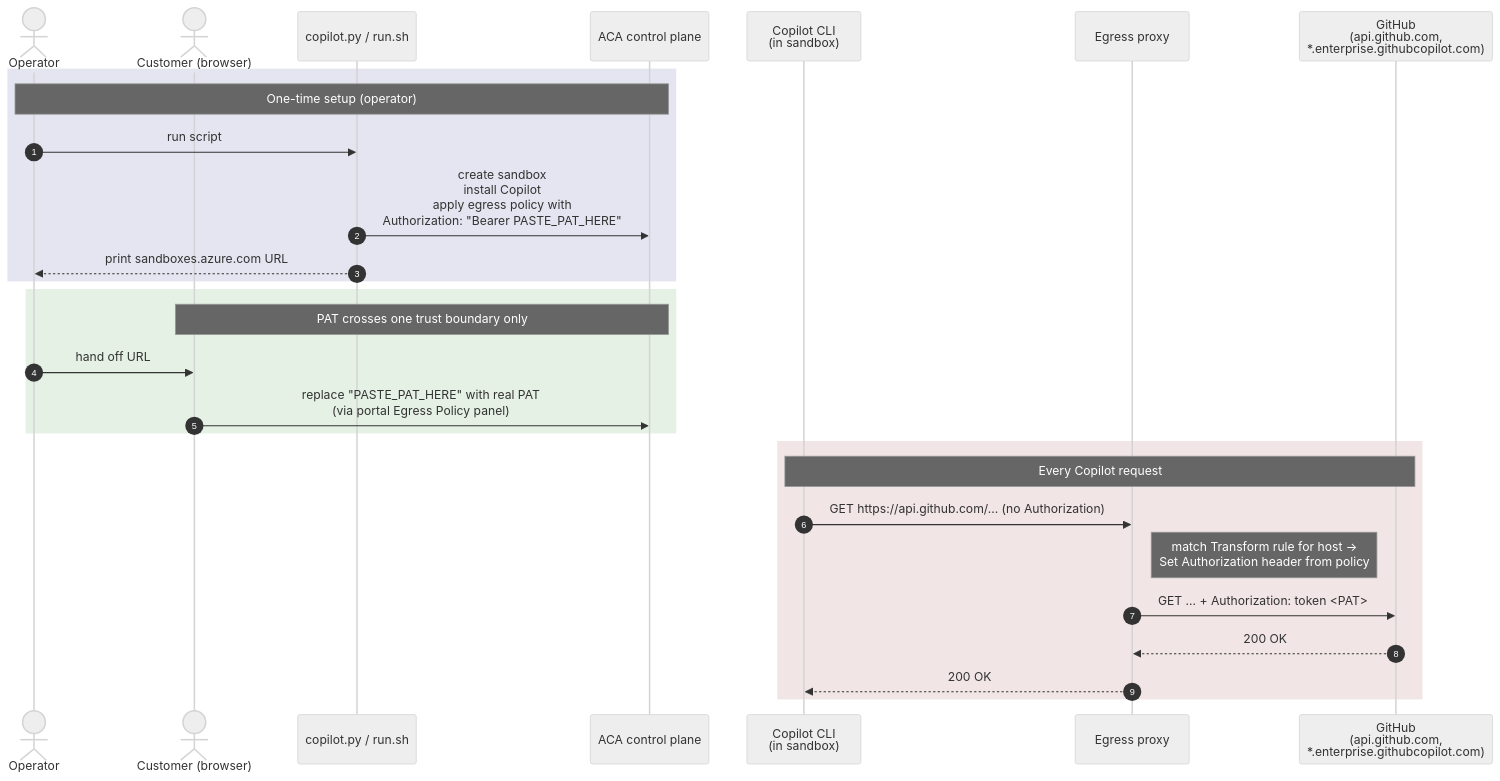
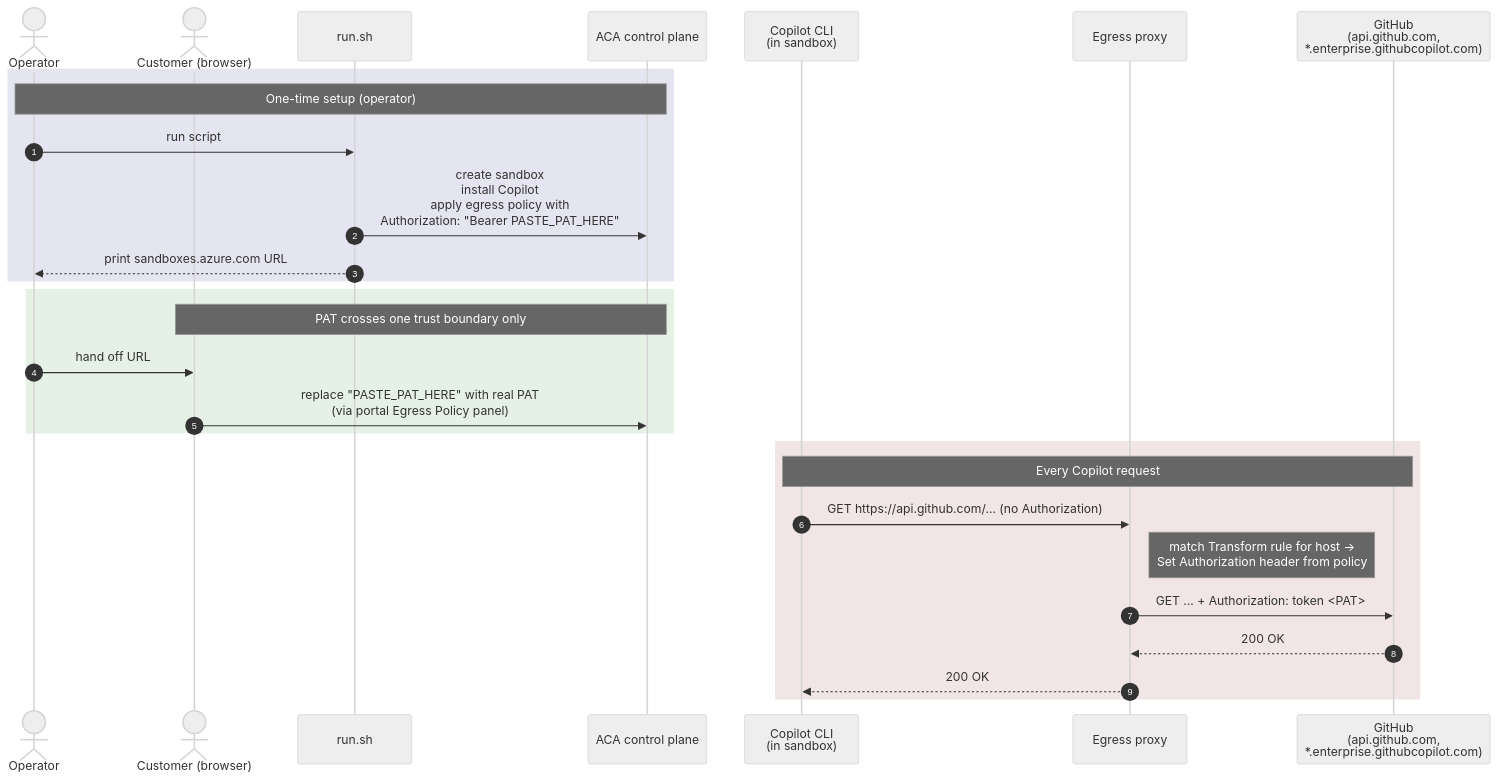
The diagram in cli/samples/02-coding-agents/README.md (Azure-Samples/azure-container-apps-sandboxes), drawn with Mermaid (neutral theme) before and after one commit. The commit also changed other lines of this file and 7 other files, not shown here.

````diff
--- a/cli/samples/02-coding-agents/README.md
+++ b/cli/samples/02-coding-agents/README.md
@@ -67,33 +67,33 @@
 ```mermaid
 sequenceDiagram
     autonumber
     actor Op as Operator
     actor Cust as Customer (browser)
-    participant Script as copilot.py / run.sh
+    participant Script as run.sh
     participant CP as ACA control plane
     participant W as Copilot CLI<br/>(in sandbox)
     participant Px as Egress proxy
     participant GH as GitHub<br/>(api.github.com,<br/>*.enterprise.githubcopilot.com)
 
     rect rgba(80,80,160,0.15)
       Note over Op,CP: One-time setup (operator)
       Op->>Script: run script
       Script->>CP: create sandbox<br/>install Copilot<br/>apply egress policy with<br/>Authorization: "Bearer PASTE_PAT_HERE"
       Script-->>Op: print sandboxes.azure.com URL
     end
 
     rect rgba(80,160,80,0.15)
       Note over Cust,CP: PAT crosses one trust boundary only
       Op->>Cust: hand off URL
       Cust->>CP: replace "PASTE_PAT_HERE" with real PAT<br/>(via portal Egress Policy panel)
     end
 
     rect rgba(160,80,80,0.15)
       Note over W,GH: Every Copilot request
       W->>Px: GET https://api.github.com/... (no Authorization)
       Note right of Px: match Transform rule for host →<br/>Set Authorization header from policy
       Px->>GH: GET ... + Authorization: token <PAT>
       GH-->>Px: 200 OK
       Px-->>W: 200 OK
     end
 ```
````
